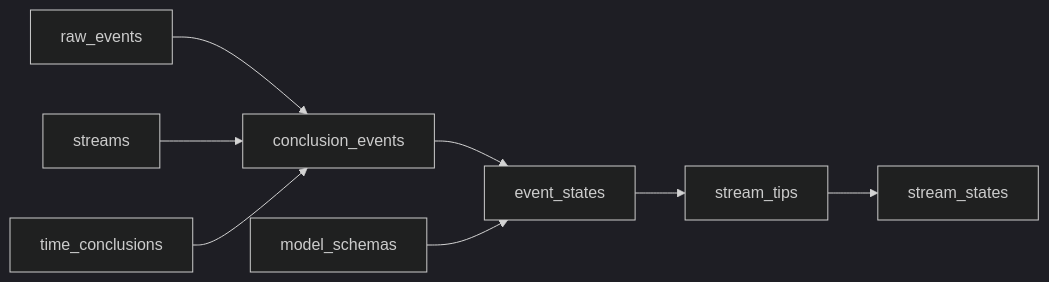
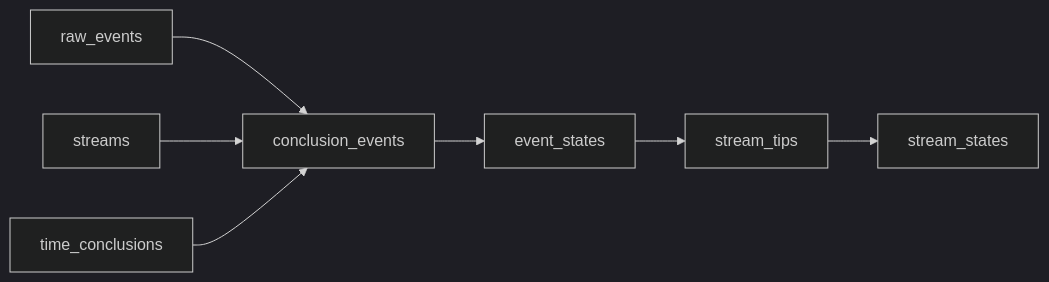
Before and after one commit to ceramicnetwork/rust-ceramic: the diagram in pipeline/DESIGN.md, drawn with Mermaid (dark theme). The commit also changed other lines of this file and 1 other file, not shown here.

````diff
--- a/pipeline/DESIGN.md
+++ b/pipeline/DESIGN.md
@@ -12,19 +12,17 @@
 ```mermaid
 graph LR;
     raw_events;
     streams;
     time_conclusions;
     conclusion_events;
-    model_schemas;
     event_states;
     stream_tips;
     stream_states;
 
     raw_events --> conclusion_events;
     streams --> conclusion_events;
     time_conclusions --> conclusion_events;
     conclusion_events --> event_states;
-    model_schemas --> event_states;
     event_states --> stream_tips;
     stream_tips --> stream_states;
 ```
````
